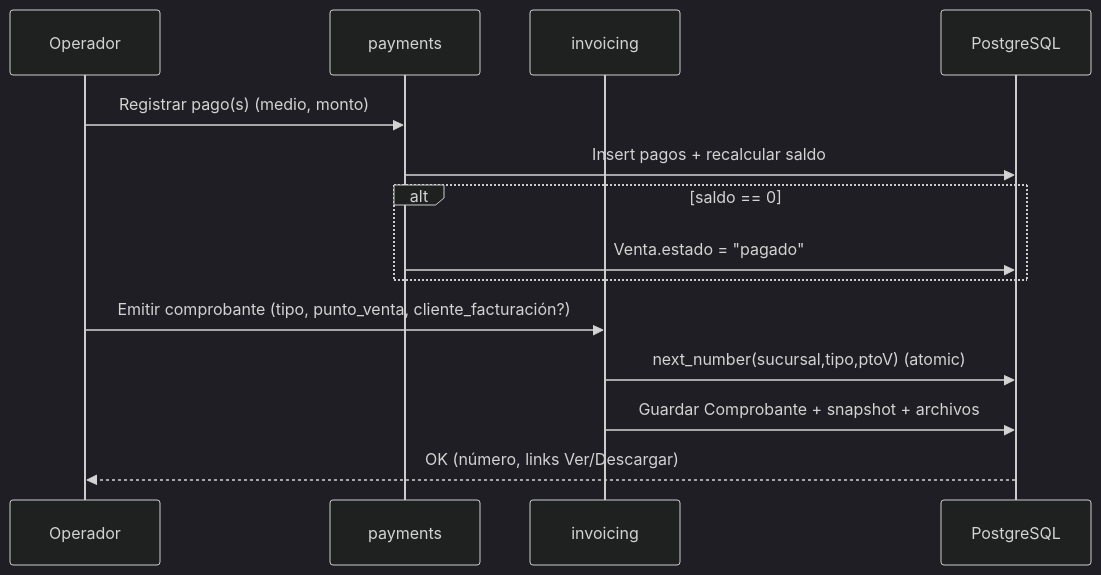
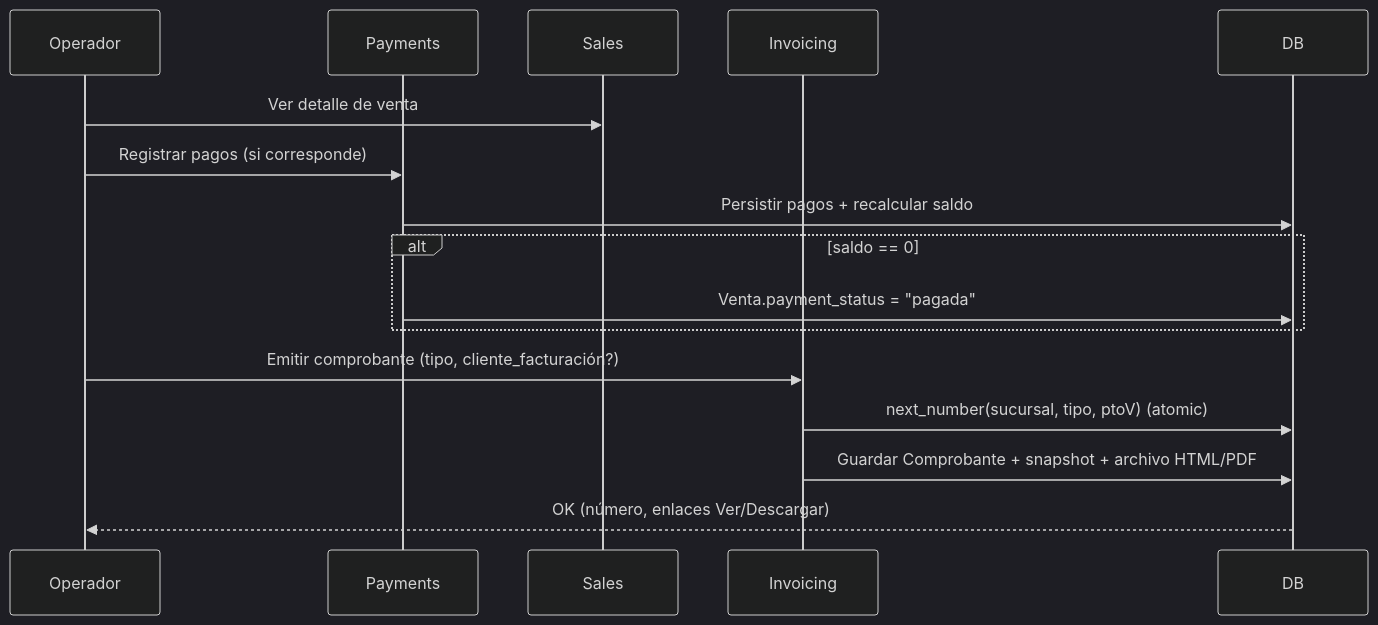
Diagram 38 of 40 in README.md (IgnacioVelazquez92/LavaderApp), drawn with Mermaid (dark theme) before and after one commit. The commit also changed other lines of this file and 8 other files, not shown here.

````diff
--- a/README.md
+++ b/README.md
@@ -3523,18 +3591,20 @@
 ```mermaid
 sequenceDiagram
   participant U as Operador
-  participant PAY as payments
-  participant INV as invoicing
-  participant DB as PostgreSQL
+  participant PAY as Payments
+  participant SALES as Sales
+  participant INV as Invoicing
+  participant DB as DB
 
-  U->>PAY: Registrar pago(s) (medio, monto)
-  PAY->>DB: Insert pagos + recalcular saldo
+  U->>SALES: Ver detalle de venta
+  U->>PAY: Registrar pagos (si corresponde)
+  PAY->>DB: Persistir pagos + recalcular saldo
   alt saldo == 0
-    PAY->>DB: Venta.estado = "pagado"
+    PAY->>DB: Venta.payment_status = "pagada"
   end
 
-  U->>INV: Emitir comprobante (tipo, punto_venta, cliente_facturación?)
-  INV->>DB: next_number(sucursal,tipo,ptoV) (atomic)
-  INV->>DB: Guardar Comprobante + snapshot + archivos
-  DB-->>U: OK (número, links Ver/Descargar)
+  U->>INV: Emitir comprobante (tipo, cliente_facturación?)
+  INV->>DB: next_number(sucursal, tipo, ptoV) (atomic)
+  INV->>DB: Guardar Comprobante + snapshot + archivo HTML/PDF
+  DB-->>U: OK (número, enlaces Ver/Descargar)
 ```
````
